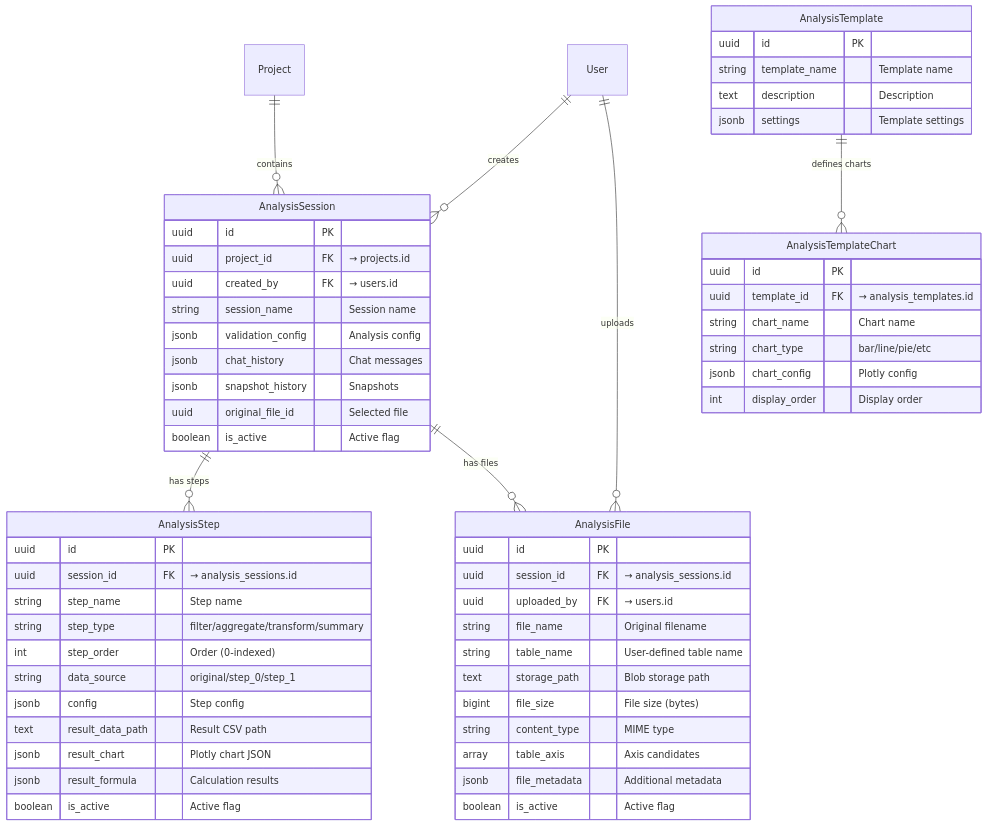
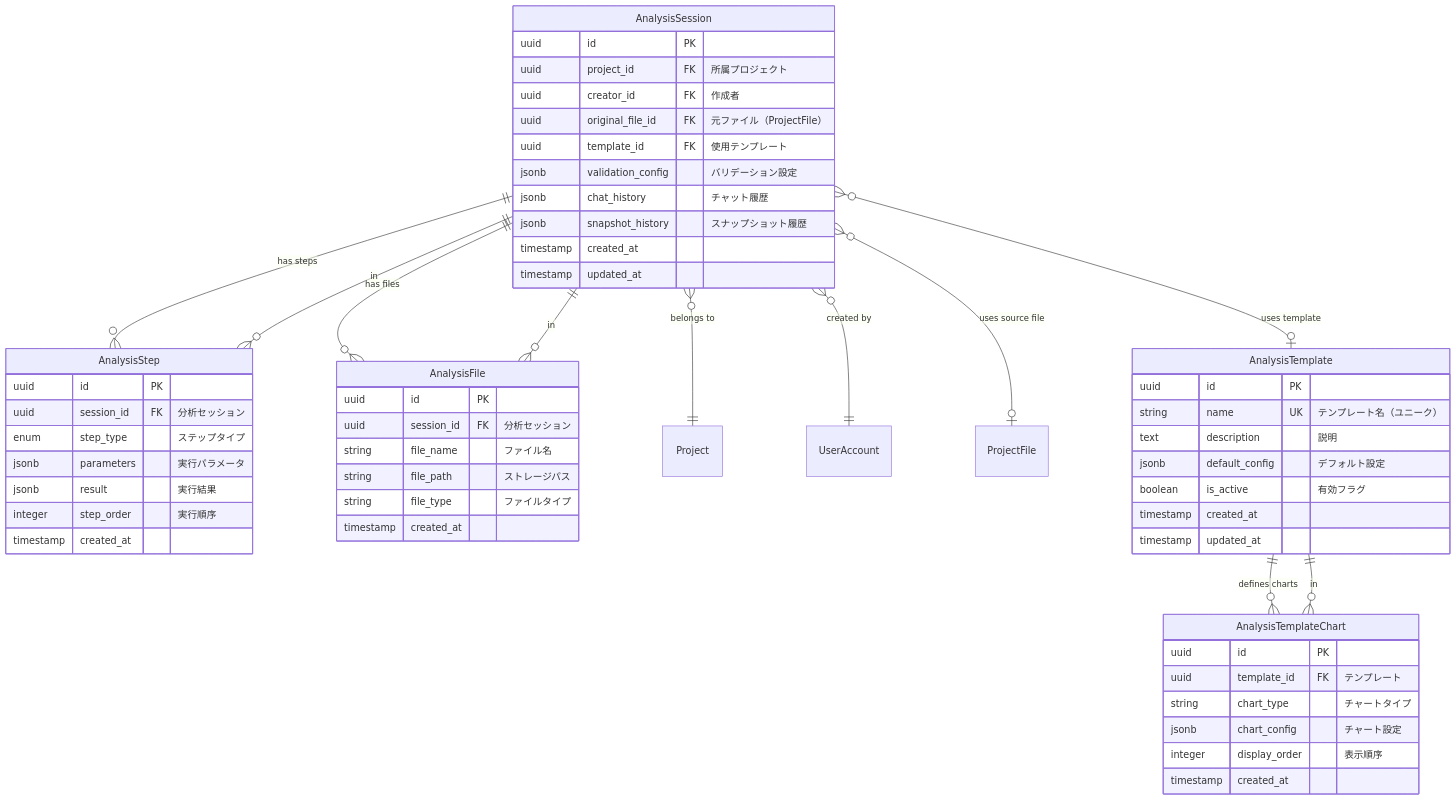
Before and after one commit to nomura-koshiro/genai-app-docs: the fifth of 6 diagrams in docs/specifications/02-database/02-er-diagram.md, drawn with Mermaid. The commit also changed other lines of this file and 4 other files, not shown here.

First line of the commit message:
docs: markdownlintエラー修正とER図の詳細化

````diff
--- a/docs/specifications/02-database/02-er-diagram.md
+++ b/docs/specifications/02-database/02-er-diagram.md
@@ -376,66 +292,66 @@
 ```mermaid
 erDiagram
-    Project ||--o{ AnalysisSession : "contains"
-    User ||--o{ AnalysisSession : "creates"
     AnalysisSession ||--o{ AnalysisStep : "has steps"
     AnalysisSession ||--o{ AnalysisFile : "has files"
-    User ||--o{ AnalysisFile : "uploads"
+    AnalysisSession }o--|| Project : "belongs to"
+    AnalysisSession }o--|| UserAccount : "created by"
+    AnalysisSession }o--o| ProjectFile : "uses source file"
+    AnalysisSession }o--o| AnalysisTemplate : "uses template"
 
     AnalysisTemplate ||--o{ AnalysisTemplateChart : "defines charts"
 
+    AnalysisStep }o--|| AnalysisSession : "in"
+    AnalysisFile }o--|| AnalysisSession : "in"
+    AnalysisTemplateChart }o--|| AnalysisTemplate : "in"
+
     AnalysisSession {
         uuid id PK
-        uuid project_id FK "→ projects.id"
-        uuid created_by FK "→ users.id"
-        string session_name "Session name"
-        jsonb validation_config "Analysis config"
-        jsonb chat_history "Chat messages"
-        jsonb snapshot_history "Snapshots"
-        uuid original_file_id "Selected file"
-        boolean is_active "Active flag"
+        uuid project_id FK "所属プロジェクト"
+        uuid creator_id FK "作成者"
+        uuid original_file_id FK "元ファイル（ProjectFile）"
+        uuid template_id FK "使用テンプレート"
+        jsonb validation_config "バリデーション設定"
+        jsonb chat_history "チャット履歴"
+        jsonb snapshot_history "スナップショット履歴"
+        timestamp created_at
+        timestamp updated_at
     }
 
     AnalysisStep {
         uuid id PK
-        uuid session_id FK "→ analysis_sessions.id"
-        string step_name "Step name"
-        string step_type "filter/aggregate/transform/summary"
-        int step_order "Order (0-indexed)"
-        string data_source "original/step_0/step_1"
-        jsonb config "Step config"
-        text result_data_path "Result CSV path"
-        jsonb result_chart "Plotly chart JSON"
-        jsonb result_formula "Calculation results"
-        boolean is_active "Active flag"
+        uuid session_id FK "分析セッション"
+        enum step_type "ステップタイプ"
+        jsonb parameters "実行パラメータ"
+        jsonb result "実行結果"
+        integer step_order "実行順序"
+        timestamp created_at
     }
 
     AnalysisFile {
         uuid id PK
-        uuid session_id FK "→ analysis_sessions.id"
-        uuid uploaded_by FK "→ users.id"
-        string file_name "Original filename"
-        string table_name "User-defined table name"
-        text storage_path "Blob storage path"
-        bigint file_size "File size (bytes)"
-        string content_type "MIME type"
-        array table_axis "Axis candidates"
-        jsonb file_metadata "Additional metadata"
-        boolean is_active "Active flag"
+        uuid session_id FK "分析セッション"
+        string file_name "ファイル名"
+        string file_path "ストレージパス"
+        string file_type "ファイルタイプ"
+        timestamp created_at
     }
 
     AnalysisTemplate {
         uuid id PK
-        string template_name "Template name"
-        text description "Description"
-        jsonb settings "Template settings"
+        string name UK "テンプレート名（ユニーク）"
+        text description "説明"
+        jsonb default_config "デフォルト設定"
+        boolean is_active "有効フラグ"
+        timestamp created_at
+        timestamp updated_at
     }
 
     AnalysisTemplateChart {
         uuid id PK
-        uuid template_id FK "→ analysis_templates.id"
-        string chart_name "Chart name"
-        string chart_type "bar/line/pie/etc"
-        jsonb chart_config "Plotly config"
-        int display_order "Display order"
+        uuid template_id FK "テンプレート"
+        string chart_type "チャートタイプ"
+        jsonb chart_config "チャート設定"
+        integer display_order "表示順序"
+        timestamp created_at
     }
 ```
````
